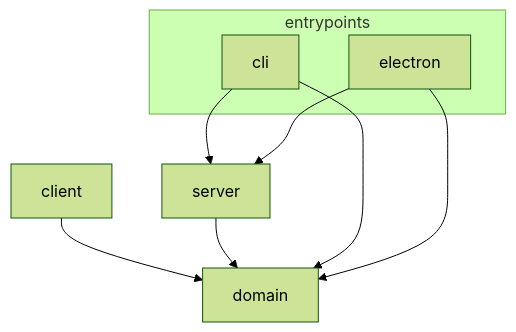
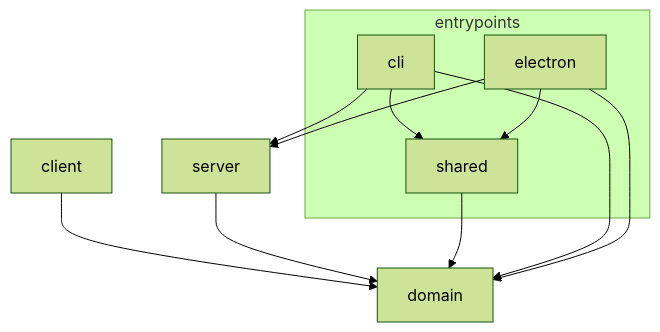
Before and after one commit to ytakahashi/sift: the diagram in ARCHITECTURE.md, drawn with Mermaid (forest theme). The commit also changed other lines of this file and 15 other files, not shown here.

````diff
--- a/ARCHITECTURE.md
+++ b/ARCHITECTURE.md
@@ -41,18 +42,22 @@
 ```mermaid
 graph TD
     domain
     server
     client
 
     subgraph entrypoints
+        shared
         cli
         electron
     end
 
     client --> domain
     server --> domain
+    shared --> domain
     cli --> domain
     cli --> server
+    cli --> shared
     electron --> domain
     electron --> server
+    electron --> shared
 ```
````
